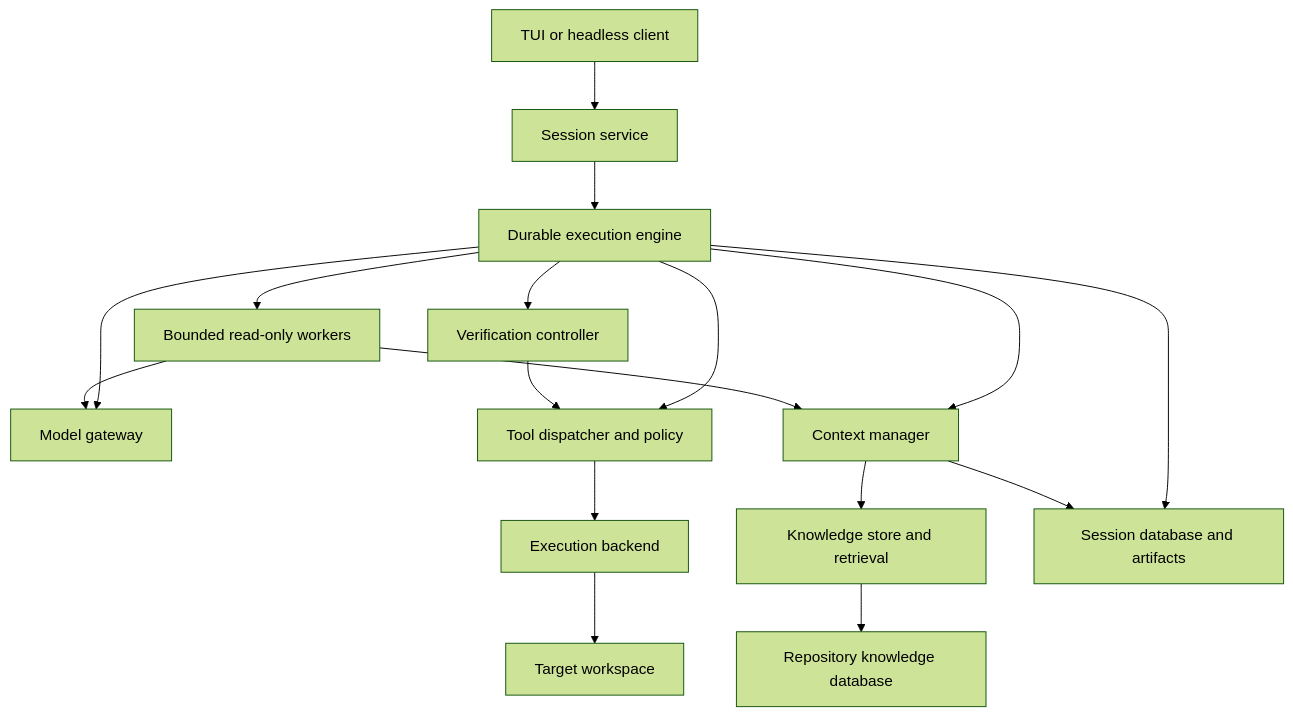
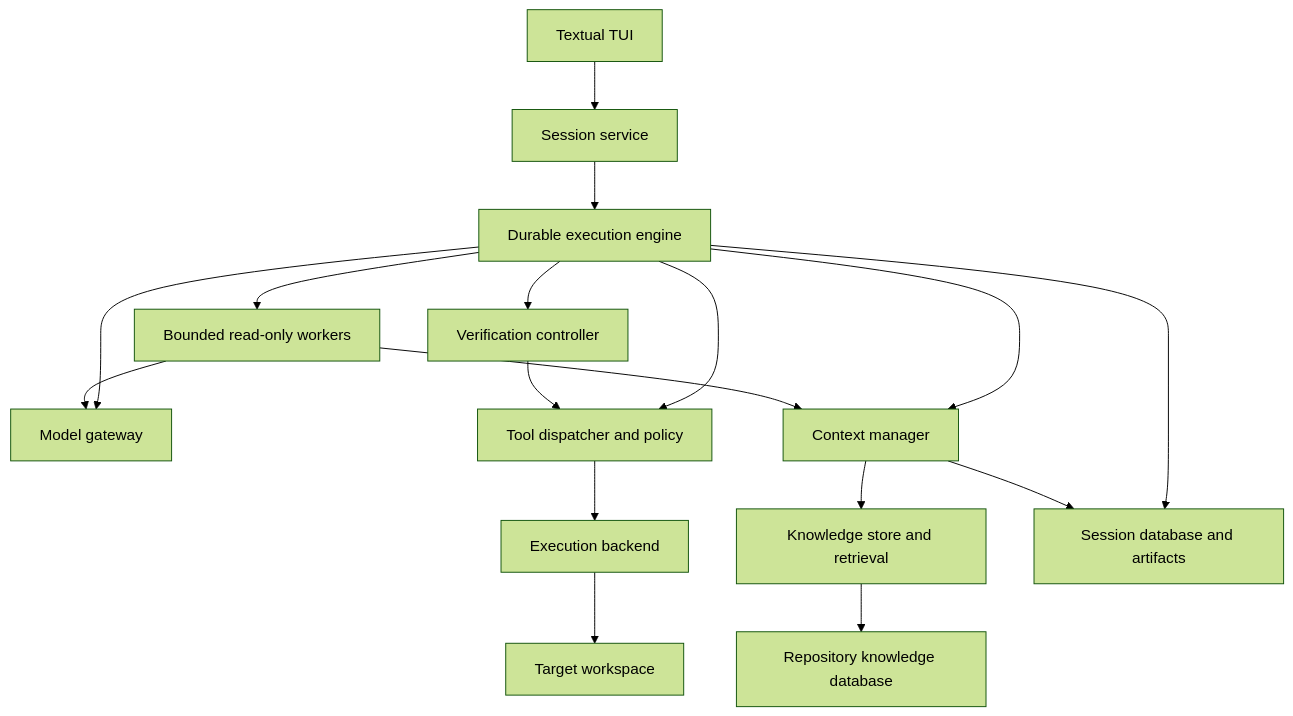
Before and after one commit to Trishix/ion: the diagram in docs/architecture.md, drawn with Mermaid (forest theme). The commit also changed other lines of this file and 10 other files, not shown here.

````diff
--- a/docs/architecture.md
+++ b/docs/architecture.md
@@ -15,19 +15,19 @@
 ```mermaid
 flowchart TB
-    Client["TUI or headless client"] --> Service["Session service"]
+    TUI["Textual TUI"] --> Service["Session service"]
     Service --> Engine["Durable execution engine"]
     Engine --> Gateway["Model gateway"]
     Engine --> Context["Context manager"]
     Context --> Memory["Knowledge store and retrieval"]
     Engine --> Dispatcher["Tool dispatcher and policy"]
     Engine --> Verify["Verification controller"]
     Verify --> Dispatcher
     Engine --> Workers["Bounded read-only workers"]
     Workers --> Gateway
     Workers --> Context
     Dispatcher --> Exec["Execution backend"]
     Exec --> Repo["Target workspace"]
     Engine --> Journal["Session database and artifacts"]
     Context --> Journal
     Memory --> Knowledge["Repository knowledge database"]
 ```
````
